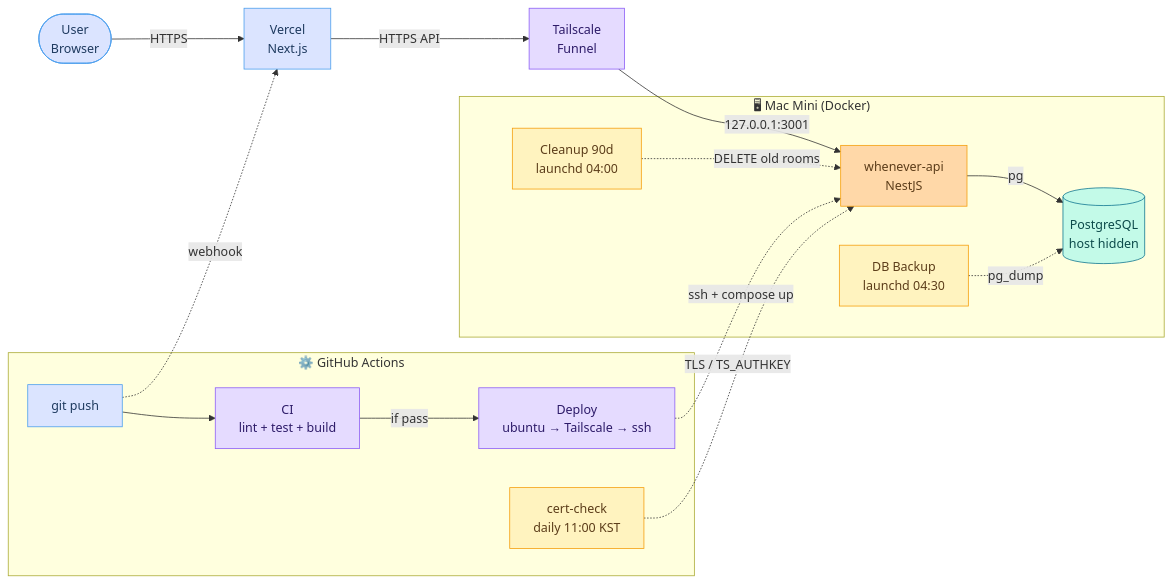
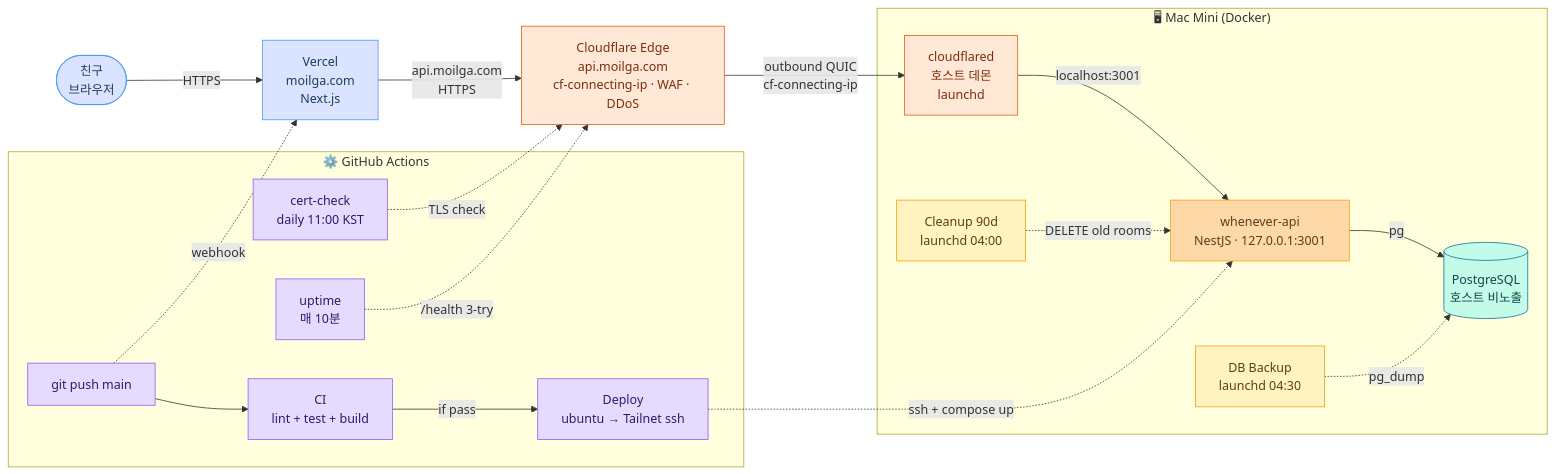
One commit to milcho0604/daypoll changed the diagram in README.md. Above: the diagram before and after it, drawn with Mermaid. The commit also changed other lines of this file, not shown here.

Commit message:
docs(README): 아키텍처 다이어그램 + 기술 스택 Cloudflare 전환
- mermaid 아키텍처: Tailscale Funnel → Cloudflare Edge + cloudflared
- 기술 스택 호스팅 행: Cloudflare Tunnel 명시
- 운영 자동화 표: launchd cloudflared 행 추가

````diff
--- a/README.md
+++ b/README.md
@@ -84,44 +84,51 @@
 ```mermaid
 flowchart LR
   classDef front fill:#dbe4ff,stroke:#4a9eed,color:#1e3a5f
-  classDef net fill:#e5dbff,stroke:#8b5cf6,color:#2d1b69
+  classDef edge fill:#ffe8d6,stroke:#ea580c,color:#7c2d12
   classDef back fill:#ffd8a8,stroke:#f59e0b,color:#5c3d1a
   classDef data fill:#c3fae8,stroke:#0e7490,color:#0c4a4a
   classDef ops fill:#fff3bf,stroke:#f59e0b,color:#5c3d1a
+  classDef ci fill:#e5dbff,stroke:#8b5cf6,color:#2d1b69
 
-  User([User<br/>Browser]):::front
-  Vercel[Vercel<br/>Next.js]:::front
-  Funnel[Tailscale<br/>Funnel]:::net
-  API[whenever-api<br/>NestJS]:::back
-  PG[(PostgreSQL<br/>host hidden)]:::data
+  User([친구<br/>브라우저]):::front
+  Vercel[Vercel<br/>moilga.com<br/>Next.js]:::front
+  CF[Cloudflare Edge<br/>api.moilga.com<br/>cf-connecting-ip · WAF · DDoS]:::edge
+  Cloudflared[cloudflared<br/>호스트 데몬<br/>launchd]:::edge
+  API[whenever-api<br/>NestJS · 127.0.0.1:3001]:::back
+  PG[(PostgreSQL<br/>호스트 비노출)]:::data
   Backup[DB Backup<br/>launchd 04:30]:::ops
   Cleanup[Cleanup 90d<br/>launchd 04:00]:::ops
 
   subgraph Mac["🖥 Mac Mini (Docker)"]
+    Cloudflared
     API
     PG
     Backup
     Cleanup
   end
 
-  Push[git push]:::front
-  CI[CI<br/>lint + test + build]:::net
-  Deploy[Deploy<br/>ubuntu → Tailscale → ssh]:::net
-  Cert[cert-check<br/>daily 11:00 KST]:::ops
+  Push[git push main]:::ci
+  CI[CI<br/>lint + test + build]:::ci
+  Deploy[Deploy<br/>ubuntu → Tailnet ssh]:::ci
+  Cert[cert-check<br/>daily 11:00 KST]:::ci
+  Uptime[uptime<br/>매 10분]:::ci
 
   subgraph GHA["⚙️ GitHub Actions"]
     Push --> CI
     CI -->|if pass| Deploy
     Cert
+    Uptime
   end
 
   User -->|HTTPS| Vercel
-  Vercel -->|HTTPS API| Funnel
-  Funnel -->|127.0.0.1:3001| API
+  Vercel -->|api.moilga.com<br/>HTTPS| CF
+  CF -->|outbound QUIC<br/>cf-connecting-ip| Cloudflared
+  Cloudflared -->|localhost:3001| API
   API -->|pg| PG
   Backup -.->|pg_dump| PG
   Cleanup -.->|DELETE old rooms| API
   Deploy -.->|ssh + compose up| API
   Push -.->|webhook| Vercel
-  Cert -.->|TLS / TS_AUTHKEY| API
+  Cert -.->|TLS check| CF
+  Uptime -.->|/health 3-try| CF
 ```
````
